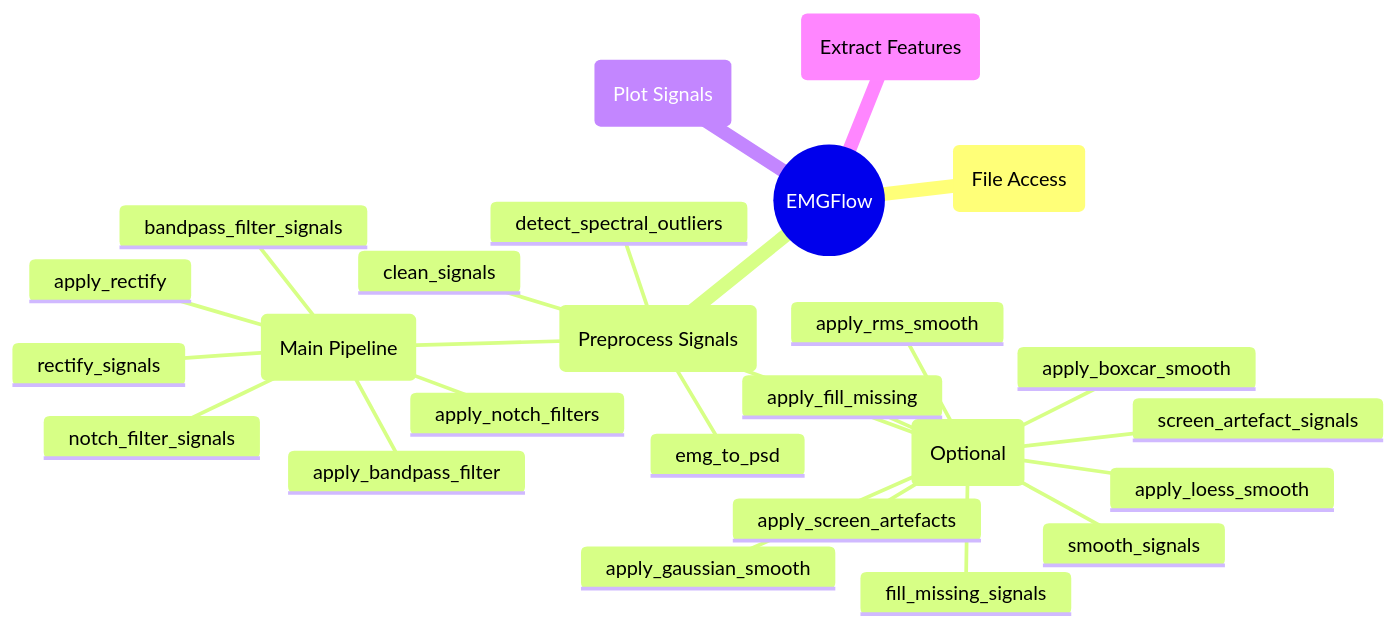
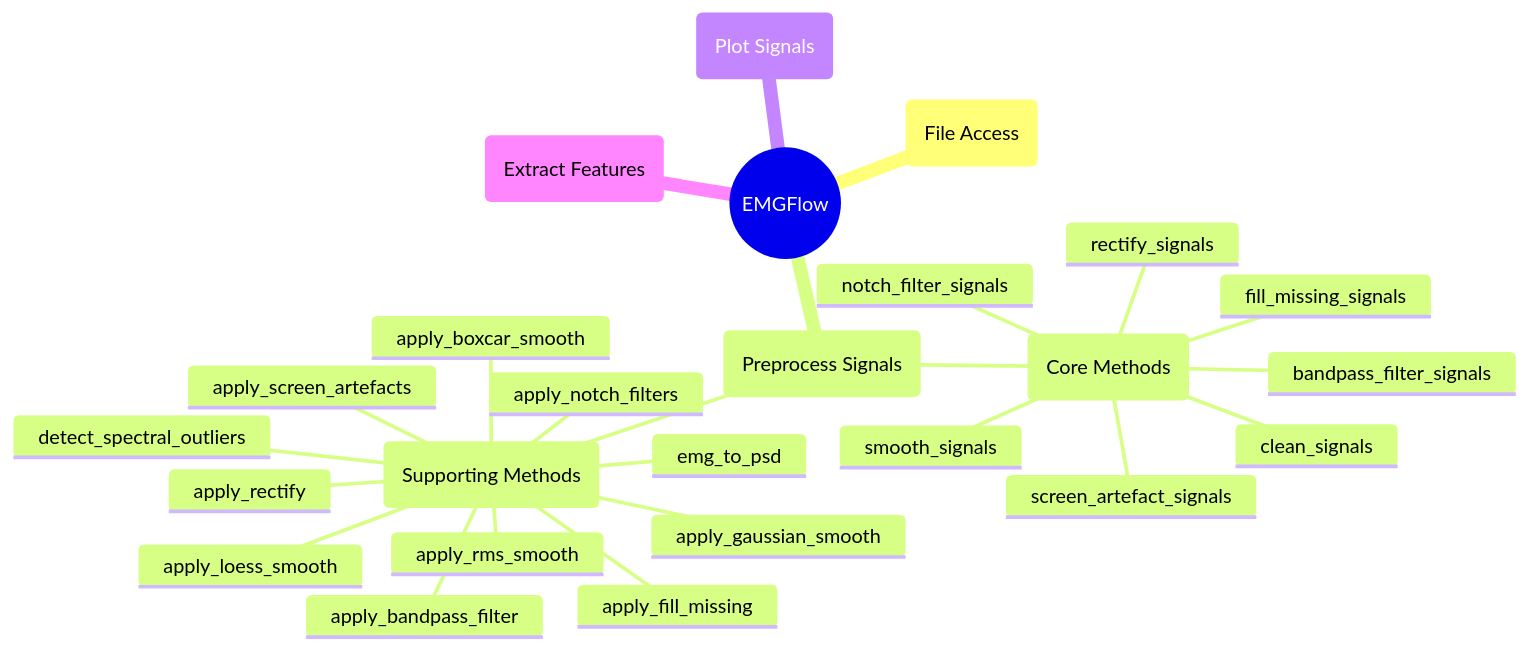
The diagram in docs/reference/preprocess-signals.md (WiIIson/EMGFlow-Python-Package), drawn with Mermaid before and after one commit. The commit also changed other lines of this file and 3 other files, not shown here.

````diff
--- a/docs/reference/preprocess-signals.md
+++ b/docs/reference/preprocess-signals.md
@@ -11,28 +11,28 @@
 ```mermaid
 mindmap
     root((EMGFlow))
         AF(File Access)
         PrS(Preprocess Signals)
-            emg_to_psd
-            (Main Pipeline)
-                apply_bandpass_filter
-                apply_notch_filters
-                apply_rectify
+            (Core Methods)
                 bandpass_filter_signals
+                clean_signals
+                fill_missing_signals
                 notch_filter_signals
                 rectify_signals
-            (Optional)
+                screen_artefact_signals
+                smooth_signals
+            (Supporting Methods)
+                apply_bandpass_filter
                 apply_boxcar_smooth
                 apply_fill_missing
                 apply_gaussian_smooth
                 apply_loess_smooth
+                apply_notch_filters
+                apply_rectify
                 apply_rms_smooth
                 apply_screen_artefacts
-                fill_missing_signals
-                screen_artefact_signals
-                smooth_signals
-            clean_signals
-            detect_spectral_outliers
+                detect_spectral_outliers
+                emg_to_psd
         PlS(Plot Signals)
         EF(Extract Features)
 ```
````
